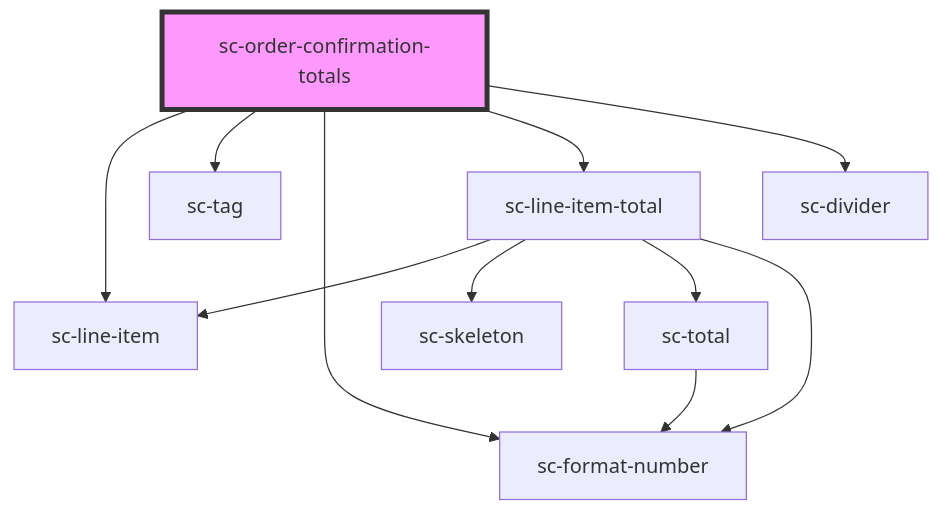
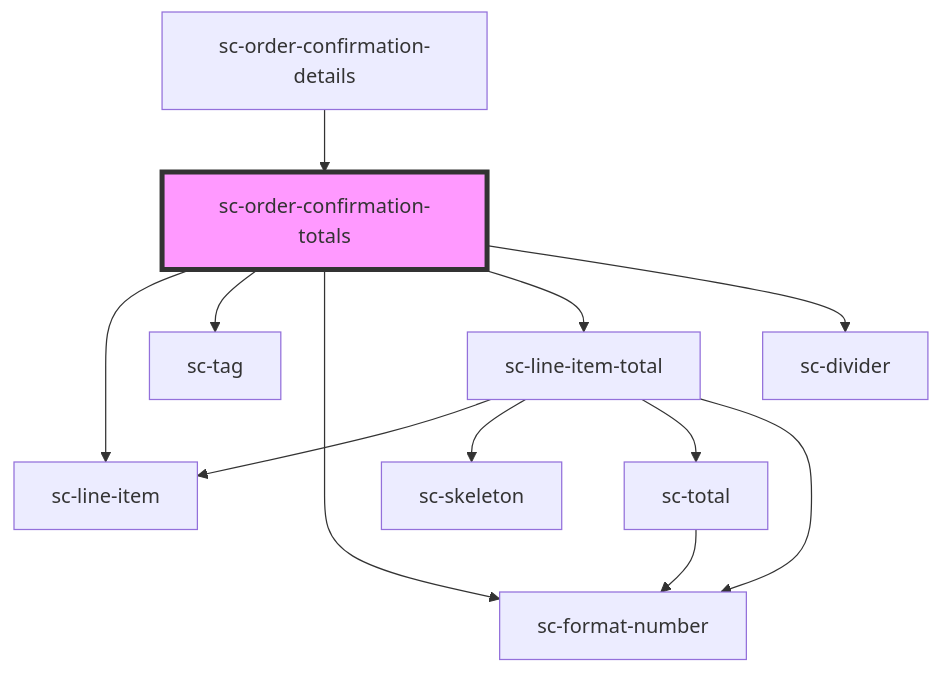
One commit to surecart/surecart-wp-plugin changed the diagram in packages/components/src/components/controllers/confirmation/order-confirmation-totals/readme.md. Above: the diagram before and after it, drawn with Mermaid. The commit also changed other lines of this file and 15 other files, not shown here.

Commit message:
Better loading state for order confirmation details.

````diff
--- a/packages/components/src/components/controllers/confirmation/order-confirmation-totals/readme.md
+++ b/packages/components/src/components/controllers/confirmation/order-confirmation-totals/readme.md
@@ -26,14 +30,15 @@
 ```mermaid
 graph TD;
   sc-order-confirmation-totals --> sc-line-item
   sc-order-confirmation-totals --> sc-tag
   sc-order-confirmation-totals --> sc-format-number
   sc-order-confirmation-totals --> sc-line-item-total
   sc-order-confirmation-totals --> sc-divider
   sc-line-item-total --> sc-line-item
   sc-line-item-total --> sc-skeleton
   sc-line-item-total --> sc-total
   sc-line-item-total --> sc-format-number
   sc-total --> sc-format-number
+  sc-order-confirmation-details --> sc-order-confirmation-totals
   style sc-order-confirmation-totals fill:#f9f,stroke:#333,stroke-width:4px
 ```
````
